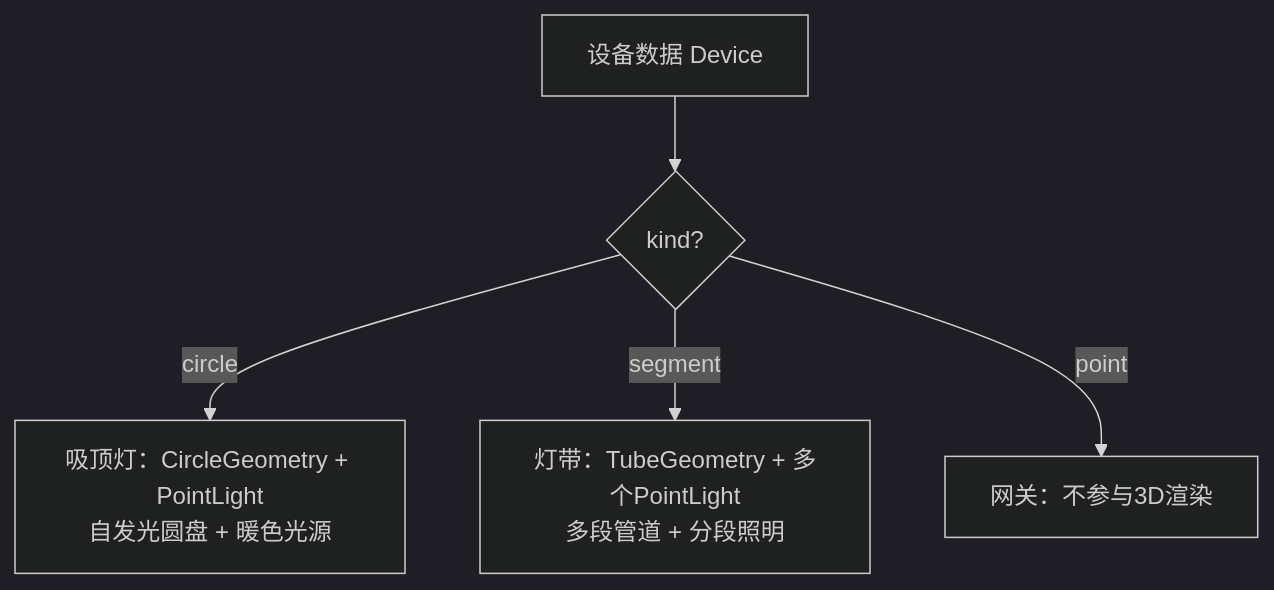
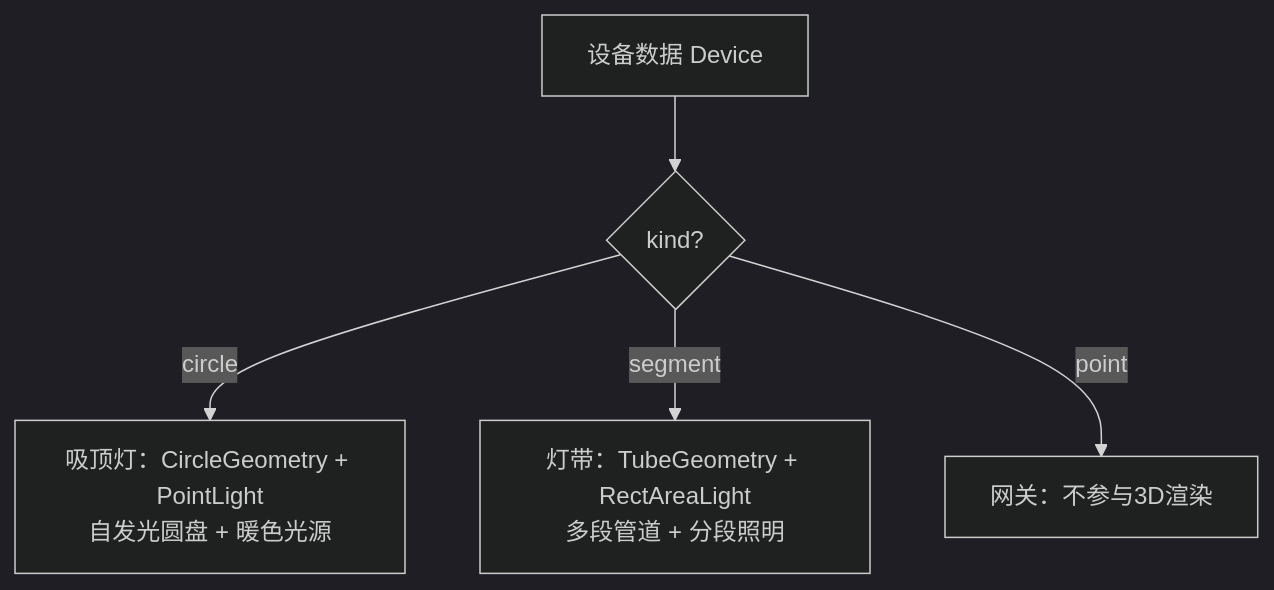
The fifth of 8 diagrams in .qoder/repowiki/zh/content/Web控制台/3D空间建模.md (zh79325/opple-cloud-adapter), drawn with Mermaid (dark theme) before and after one commit. The commit also changed other lines of this file and 29 other files, not shown here.

````diff
--- a/.qoder/repowiki/zh/content/Web控制台/3D空间建模.md
+++ b/.qoder/repowiki/zh/content/Web控制台/3D空间建模.md
@@ -187,7 +187,7 @@
 ```mermaid
 flowchart TD
 A["设备数据 Device"] --> K{"kind?"}
 K --> |circle| C["吸顶灯：CircleGeometry + PointLight<br/>自发光圆盘 + 暖色光源"]
-K --> |segment| S["灯带：TubeGeometry + 多个PointLight<br/>多段管道 + 分段照明"]
+K --> |segment| S["灯带：TubeGeometry + RectAreaLight<br/>多段管道 + 分段照明"]
 K --> |point| P["网关：不参与3D渲染"]
 ```
````
